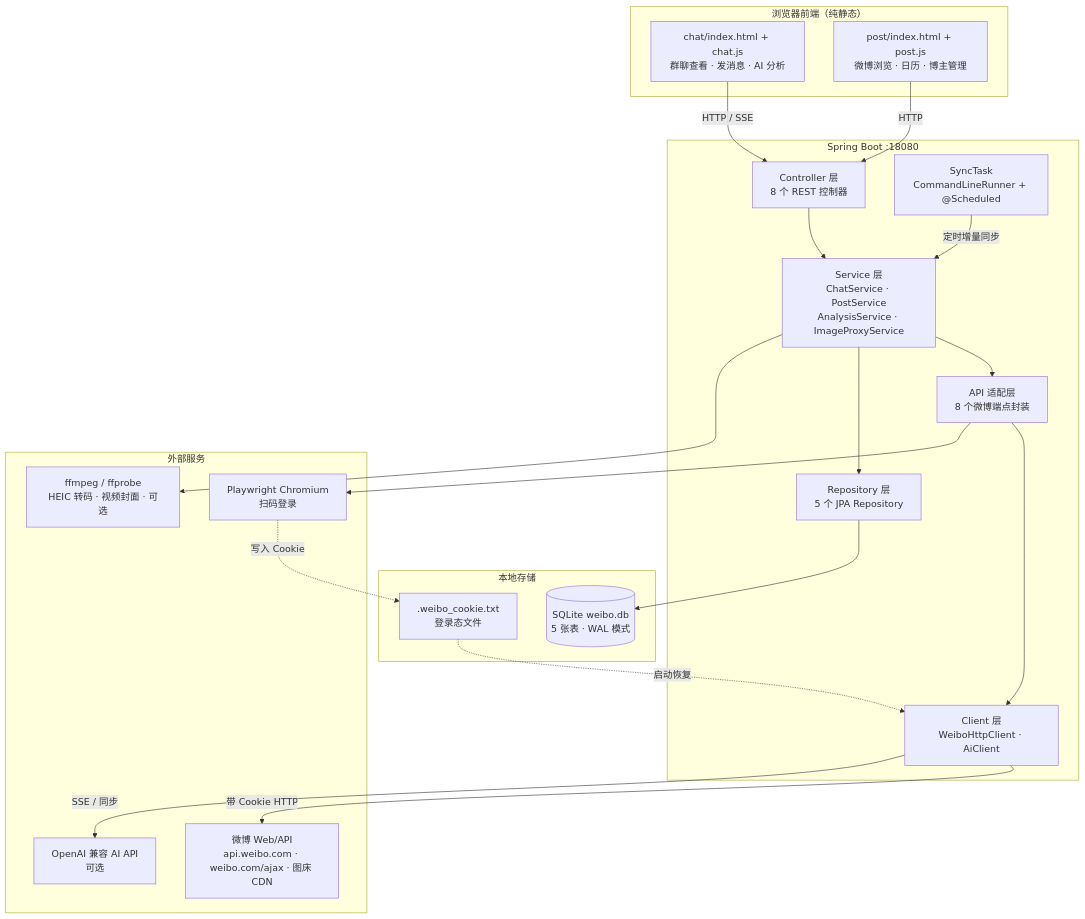
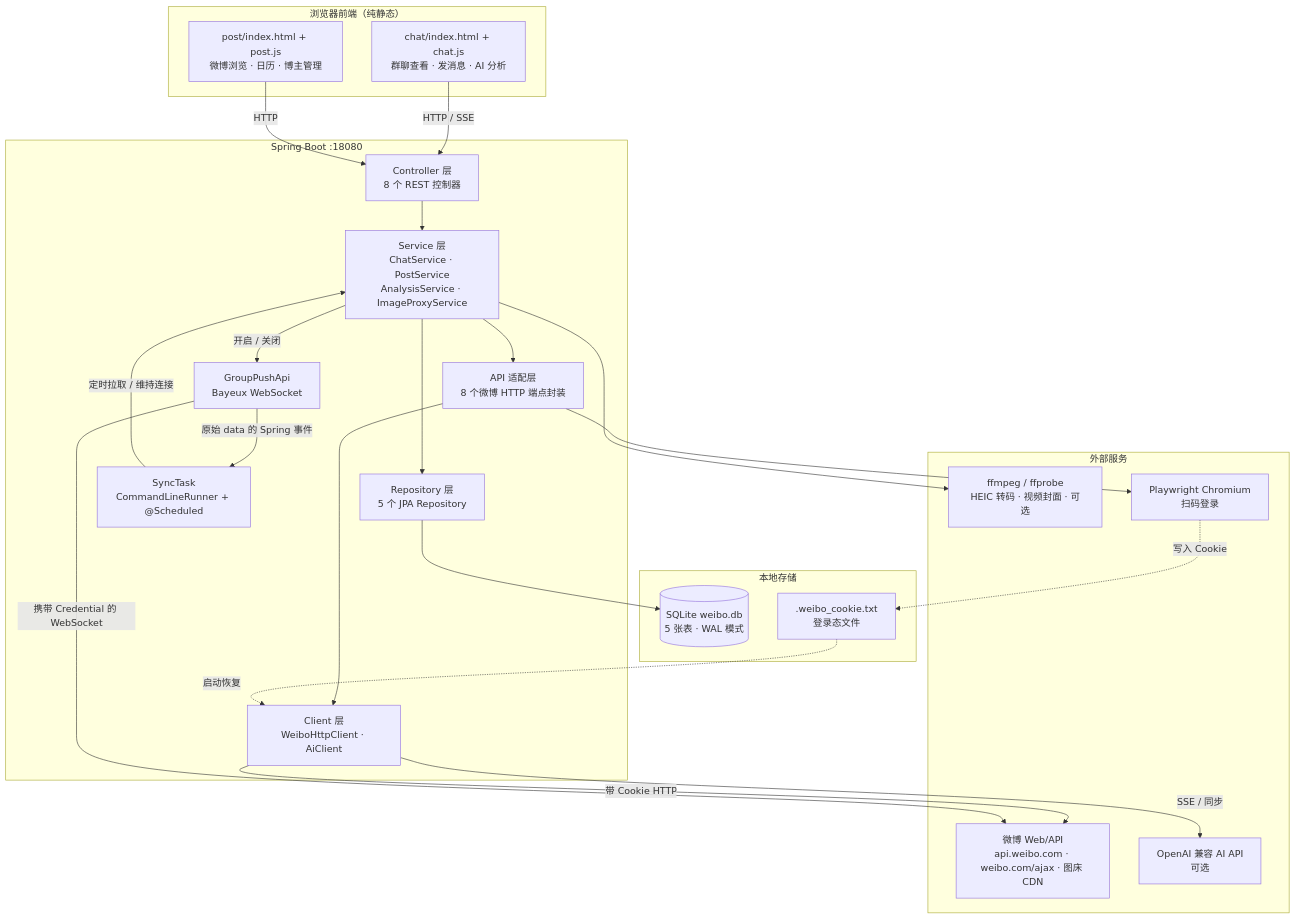
One commit to findxyz/vb-weibo-plus changed the diagram in README.md. Above: the diagram before and after it, drawn with Mermaid. The commit also changed other lines of this file and 12 other files, not shown here.

First line of the commit message:
﻿refactor: 群聊 WebSocket 迁移为 GroupPushApi 事件推送

````diff
--- a/README.md
+++ b/README.md
@@ -24,43 +24,47 @@
 ```mermaid
 graph TB
     subgraph Browser["浏览器前端（纯静态）"]
         ChatUI["chat/index.html + chat.js<br/>群聊查看 · 发消息 · AI 分析"]
         PostUI["post/index.html + post.js<br/>微博浏览 · 日历 · 博主管理"]
     end
 
     subgraph SpringBoot["Spring Boot :18080"]
         Controller["Controller 层<br/>8 个 REST 控制器"]
         Service["Service 层<br/>ChatService · PostService<br/>AnalysisService · ImageProxyService"]
-        API["API 适配层<br/>8 个微博端点封装"]
+        API["API 适配层<br/>8 个微博 HTTP 端点封装"]
+        Push["GroupPushApi<br/>Bayeux WebSocket"]
         Client["Client 层<br/>WeiboHttpClient · AiClient"]
         Repo["Repository 层<br/>5 个 JPA Repository"]
         SyncTask["SyncTask<br/>CommandLineRunner + @Scheduled"]
     end
 
     subgraph Storage["本地存储"]
         SQLite[("SQLite weibo.db<br/>5 张表 · WAL 模式")]
         CookieFile[".weibo_cookie.txt<br/>登录态文件"]
     end
 
     subgraph External["外部服务"]
         Weibo["微博 Web/API<br/>api.weibo.com · weibo.com/ajax · 图床 CDN"]
         AiAPI["OpenAI 兼容 AI API<br/>可选"]
         FFmpeg["ffmpeg / ffprobe<br/>HEIC 转码 · 视频封面 · 可选"]
         Playwright["Playwright Chromium<br/>扫码登录"]
     end
 
     ChatUI -->|HTTP / SSE| Controller
     PostUI -->|HTTP| Controller
     Controller --> Service
     Service --> API
+    Service -->|开启 / 关闭| Push
     Service --> Repo
     API --> Client
     Client -->|带 Cookie HTTP| Weibo
+    Push -->|携带 Credential 的 WebSocket| Weibo
+    Push -->|原始 data 的 Spring 事件| SyncTask
     Client -->|SSE / 同步| AiAPI
     API --> Playwright
     Service --> FFmpeg
     Repo --> SQLite
-    SyncTask -->|定时增量同步| Service
+    SyncTask -->|定时拉取 / 维持连接| Service
     Playwright -.->|写入 Cookie| CookieFile
     CookieFile -.->|启动恢复| Client
 ```
````
